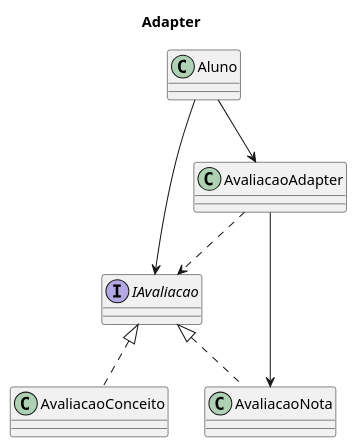
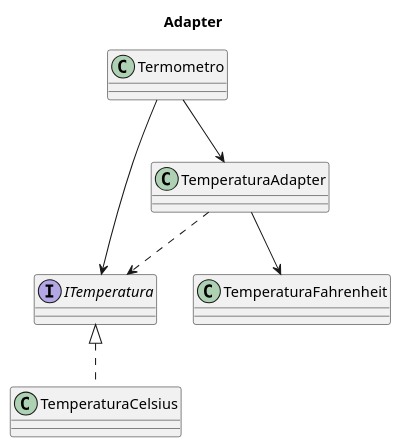
The diagram in Adapter.puml (B4Hive/Adapter-DCC078-2026-3-A), drawn with PlantUML before and after one commit. The commit also changed 9 other files, not shown here.

```diff
--- a/Adapter.puml
+++ b/Adapter.puml
@@ -1,14 +1,15 @@
 @startuml classDiagram
 title Adapter
-' majoritariamente conversões e blablabla
-class Aluno
-class AvaliacaoAdapter
-class AvaliacaoConceito implements IAvaliacao
-class AvaliacaoNota implements IAvaliacao
+class Termometro
+class TemperaturaAdapter
+class TemperaturaCelsius implements ITemperatura
+class TemperaturaFahrenheit
 
-Aluno --> IAvaliacao
-Aluno --> AvaliacaoAdapter
-AvaliacaoAdapter --> AvaliacaoNota
-AvaliacaoAdapter ..> IAvaliacao
+interface ITemperatura
+
+Termometro --> ITemperatura
+Termometro --> TemperaturaAdapter
+TemperaturaAdapter --> TemperaturaFahrenheit
+TemperaturaAdapter ..> ITemperatura
 
 @enduml
```
